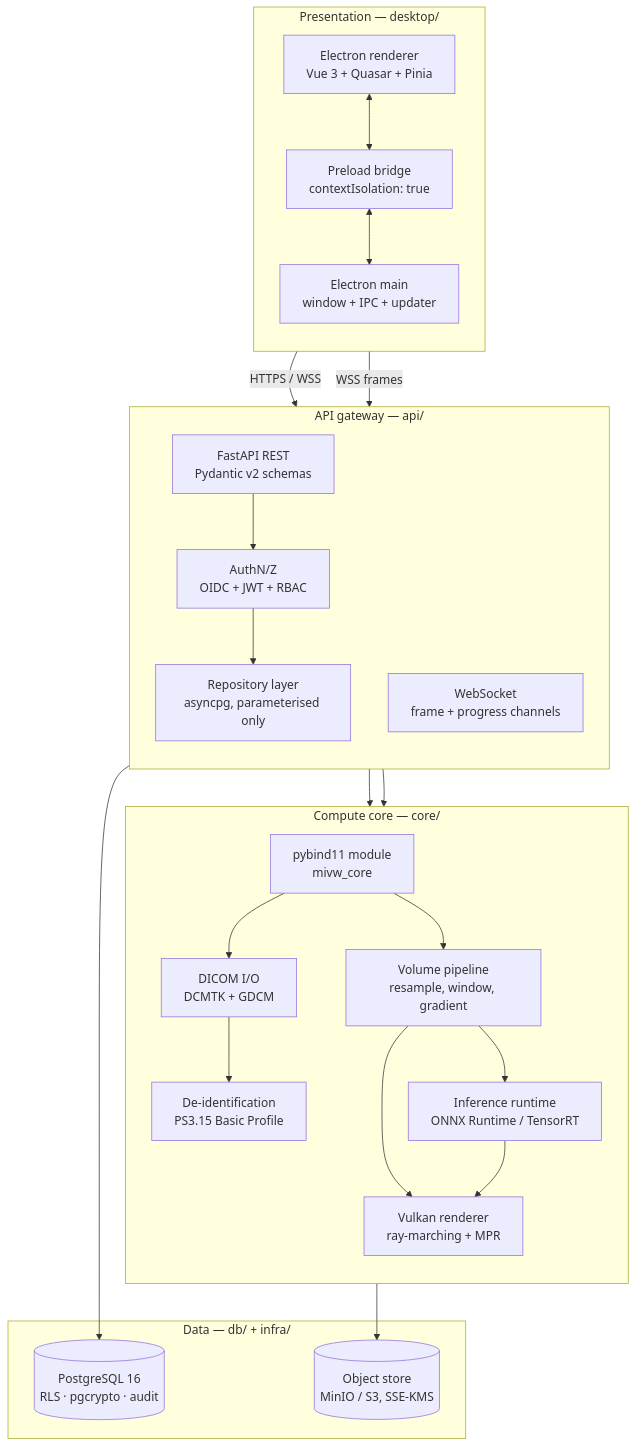
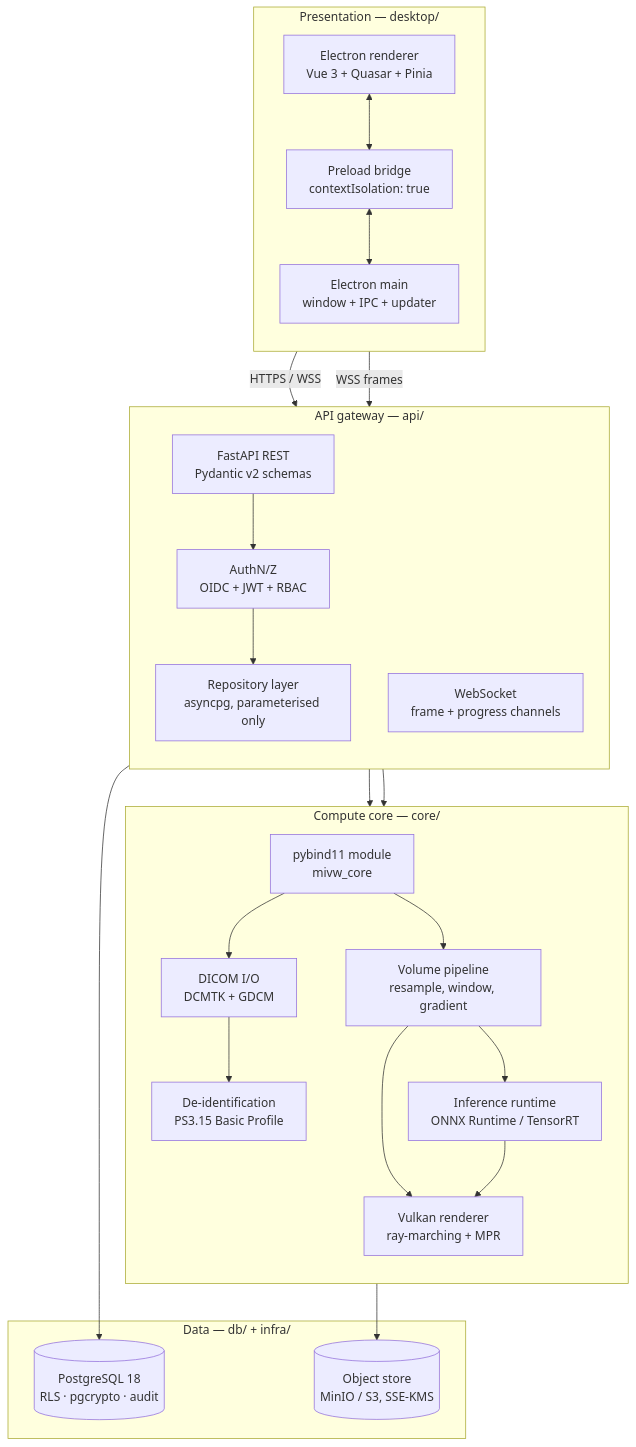
The first of 3 diagrams in docs/01-architecture.md (mpg18031/medical-image-workstation), drawn with Mermaid before and after one commit. The commit also changed other lines of this file and 113 other files, not shown here.

````diff
--- a/docs/01-architecture.md
+++ b/docs/01-architecture.md
@@ -12,43 +12,43 @@
 ```mermaid
 graph TB
     subgraph CLIENT["Presentation — desktop/"]
         direction TB
         REN["Electron renderer<br/>Vue 3 + Quasar + Pinia"]
         PRE["Preload bridge<br/>contextIsolation: true"]
         MAIN["Electron main<br/>window + IPC + updater"]
         REN <--> PRE <--> MAIN
     end
 
     subgraph API["API gateway — api/"]
         direction TB
         HTTP["FastAPI REST<br/>Pydantic v2 schemas"]
         SOCK["WebSocket<br/>frame + progress channels"]
         AUTH["AuthN/Z<br/>OIDC + JWT + RBAC"]
         REPO["Repository layer<br/>asyncpg, parameterised only"]
     end
 
     subgraph CORE["Compute core — core/"]
         direction TB
         BIND["pybind11 module<br/>mivw_core"]
         IO["DICOM I/O<br/>DCMTK + GDCM"]
         DEID["De-identification<br/>PS3.15 Basic Profile"]
         VOL["Volume pipeline<br/>resample, window, gradient"]
         INF["Inference runtime<br/>ONNX Runtime / TensorRT"]
         RND["Vulkan renderer<br/>ray-marching + MPR"]
     end
 
     subgraph DATA["Data — db/ + infra/"]
-        PG[("PostgreSQL 16<br/>RLS · pgcrypto · audit")]
+        PG[("PostgreSQL 18<br/>RLS · pgcrypto · audit")]
         OBJ[("Object store<br/>MinIO / S3, SSE-KMS")]
     end
 
     MAIN -- "HTTPS / WSS" --> HTTP
     MAIN -- "WSS frames" --> SOCK
     HTTP --> AUTH --> REPO --> PG
     HTTP --> BIND
     SOCK --> RND
     BIND --> IO --> DEID --> OBJ
     BIND --> VOL --> INF
     VOL --> RND
     INF --> RND
 ```
````
